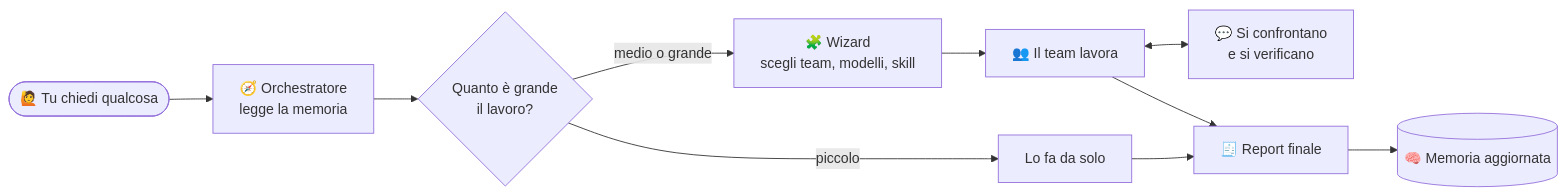
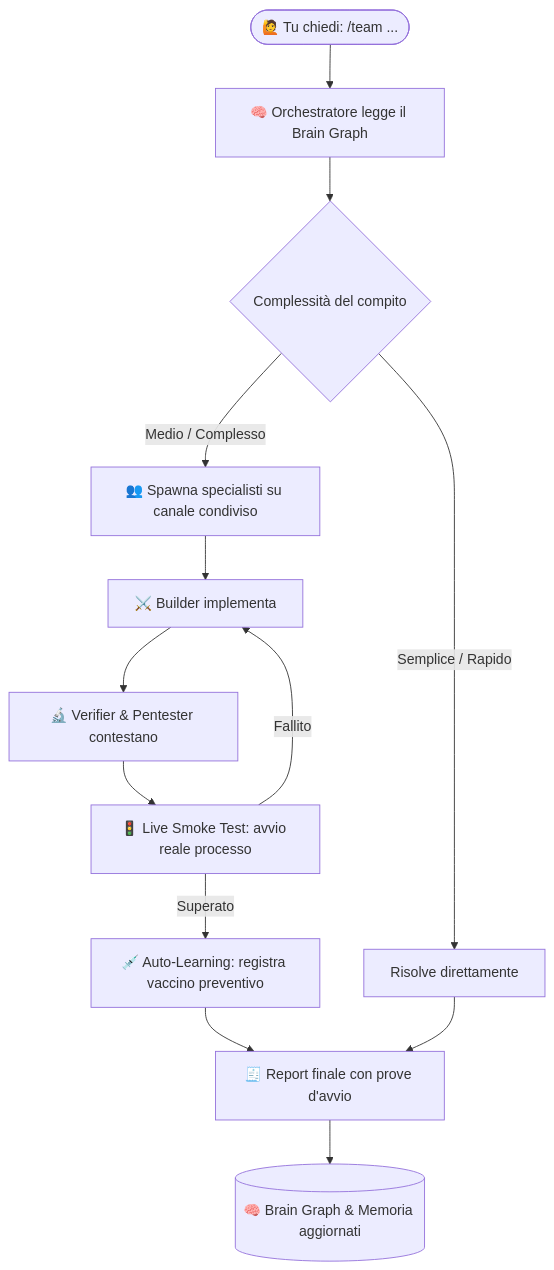
Before and after one commit to antoStr/team-workflow: the diagram in README.md, drawn with Mermaid. The commit also changed other lines of this file and 149 other files, not shown here.

Commit message:
feat: release v2.0.0-alpha.2 with universal /team, live smoke verifier, auto-learn, brain engine, security packs and remote telemetry

````diff
--- a/README.md
+++ b/README.md
@@ -72,12 +93,15 @@
 ```mermaid
-flowchart LR
-    A([🙋 Tu chiedi qualcosa]) --> B[🧭 Orchestratore<br/>legge la memoria]
-    B --> C{Quanto è grande<br/>il lavoro?}
-    C -- piccolo --> D[Lo fa da solo]
-    C -- medio o grande --> E[🧩 Wizard<br/>scegli team, modelli, skill]
-    E --> F[👥 Il team lavora]
-    F <--> G[💬 Si confrontano<br/>e si verificano]
-    F --> H[🧾 Report finale]
-    D --> H
-    H --> I[(🧠 Memoria aggiornata)]
+flowchart TD
+    A([🙋 Tu chiedi: /team ...]) --> B[🧠 Orchestratore legge il Brain Graph]
+    B --> C{Complessità del compito}
+    C -- Semplice / Rapido --> D[Risolve direttamente]
+    C -- Medio / Complesso --> E[👥 Spawna specialisti su canale condiviso]
+    E --> F[⚔️ Builder implementa]
+    F --> G[🔬 Verifier & Pentester contestano]
+    G --> H[🚦 Live Smoke Test: avvio reale processo]
+    H -- Fallito --> F
+    H -- Superato --> I[💉 Auto-Learning: registra vaccino preventivo]
+    I --> J[🧾 Report finale con prove d'avvio]
+    D --> J
+    J --> K[(🧠 Brain Graph & Memoria aggiornati)]
 ```
````
